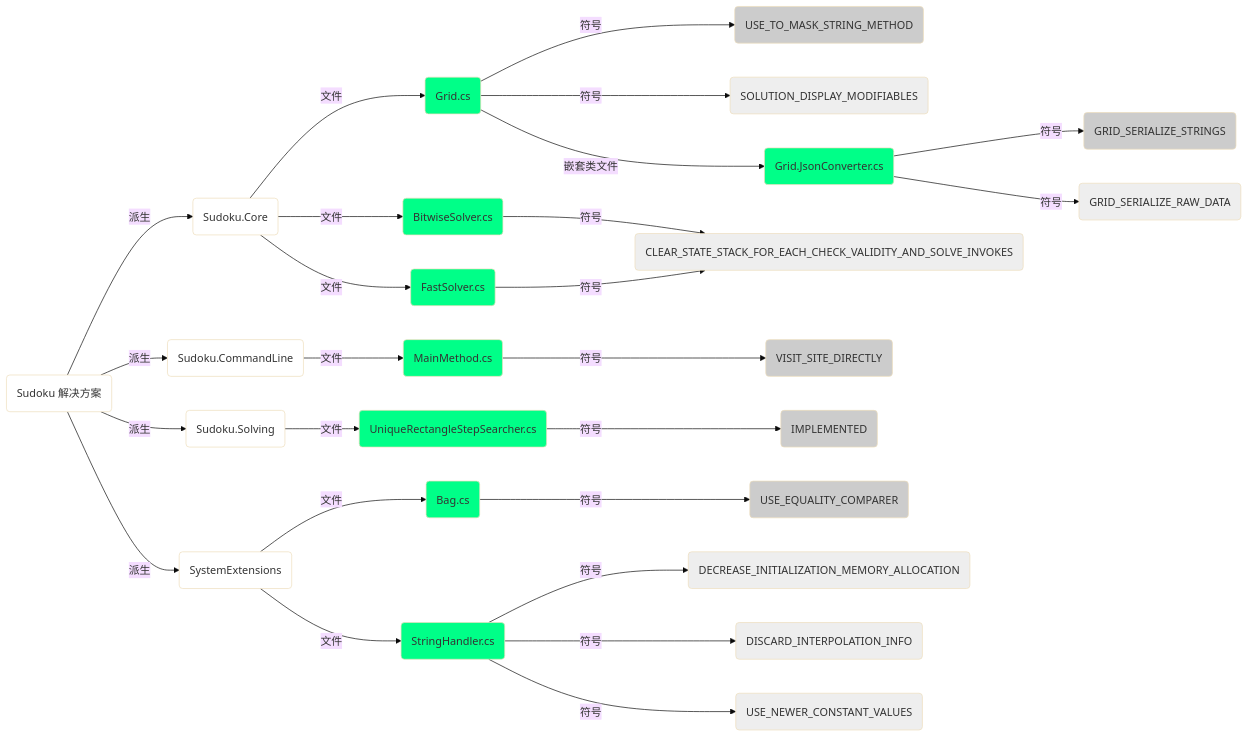
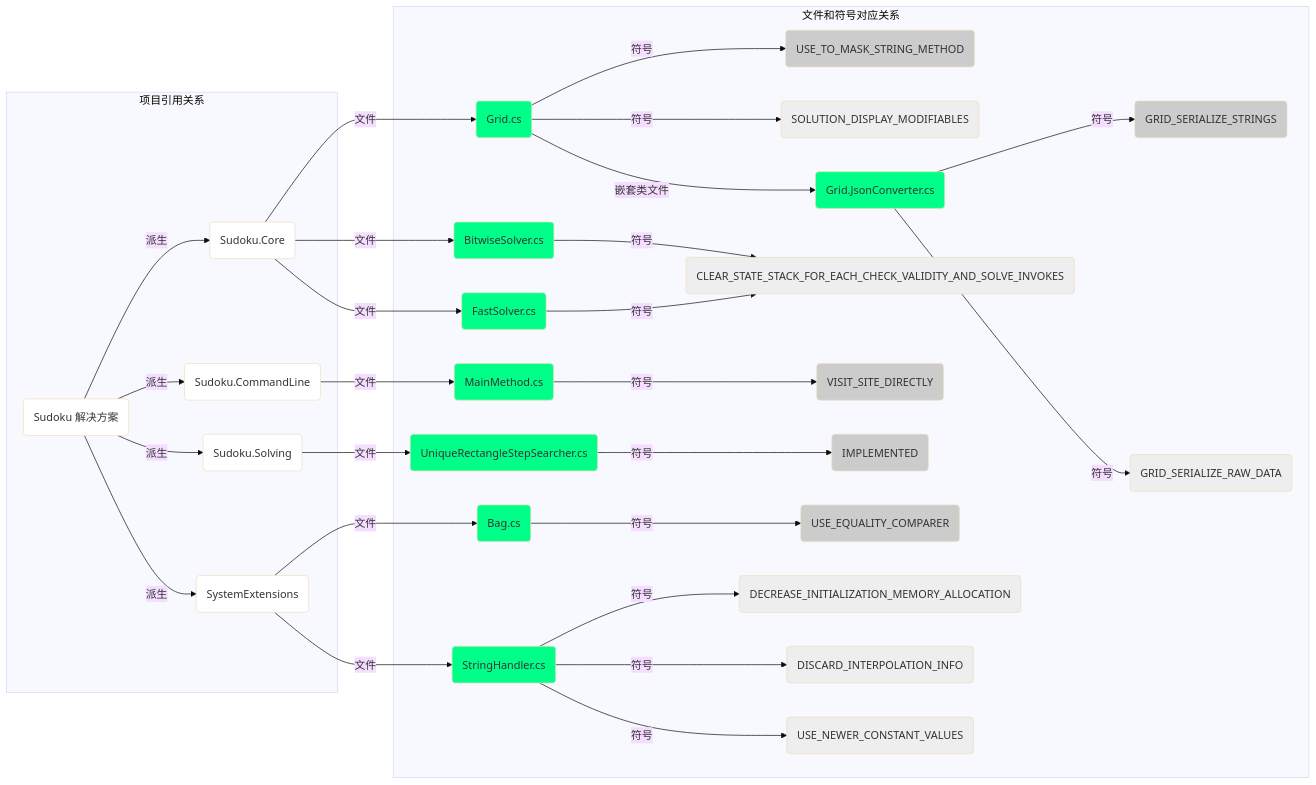
One commit to KyouyamaKazusa0805/Sudoku changed the diagram in docs/compilation-symbols.md. Above: the diagram before and after it, drawn with Mermaid (base theme). The commit also changed 2 other files, not shown here.

Commit message:
Add or update wiki pages.

````diff
--- a/docs/compilation-symbols.md
+++ b/docs/compilation-symbols.md
@@ -23,53 +23,57 @@
 ```mermaid
 graph LR
+subgraph 项目引用关系
 Z(Sudoku 解决方案) -->|派生| P1(Sudoku.Core)
 Z -->|派生| P3(Sudoku.CommandLine)
 Z -->|派生| P4(Sudoku.Solving)
 Z -->|派生| P2(SystemExtensions)
 style Z fill:#FFF
+end
 
+subgraph 文件和符号对应关系
 P1 -->|文件| A(Grid.cs)
 P1 -->|文件| D(BitwiseSolver.cs)
 P1 -->|文件| E(FastSolver.cs)
 P2 -->|文件| C(Bag.cs)
 P2 -->|文件| G(StringHandler.cs)
 P3 -->|文件| F(MainMethod.cs)
 P4 -->|文件| H(UniqueRectangleStepSearcher.cs)
 style P1 fill:#FFF
 style P2 fill:#FFF
 style P3 fill:#FFF
 style P4 fill:#FFF
 style A fill:#0F8
 style B fill:#0F8
 style C fill:#0F8
 style D fill:#0F8
 style E fill:#0F8
 style F fill:#0F8
 style G fill:#0F8
 style H fill:#0F8
 
 A -->|符号| S1(USE_TO_MASK_STRING_METHOD)
 A -->|符号| S2(SOLUTION_DISPLAY_MODIFIABLES)
 A -->|嵌套类文件| B(Grid.JsonConverter.cs)
 B -->|符号| S3(GRID_SERIALIZE_STRINGS)
 B -->|符号| S4(GRID_SERIALIZE_RAW_DATA)
 C -->|符号| S5(USE_EQUALITY_COMPARER)
 D -->|符号| S6(CLEAR_STATE_STACK_FOR_EACH_CHECK_VALIDITY_AND_SOLVE_INVOKES)
 E -->|符号| S6
 F -->|符号| S7(VISIT_SITE_DIRECTLY)
 G -->|符号| S8(DECREASE_INITIALIZATION_MEMORY_ALLOCATION)
 G -->|符号| S9(DISCARD_INTERPOLATION_INFO)
 G -->|符号| S10(USE_NEWER_CONSTANT_VALUES)
 H -->|符号| S11(IMPLEMENTED)
 style S1 fill:#CCC
 style S2 fill:#EEE
 style S3 fill:#CCC
 style S4 fill:#EEE
 style S5 fill:#CCC
 style S6 fill:#EEE
 style S7 fill:#CCC
 style S8 fill:#EEE
 style S9 fill:#EEE
 style S10 fill:#EEE
 style S11 fill:#CCC
+end
 ```
````
